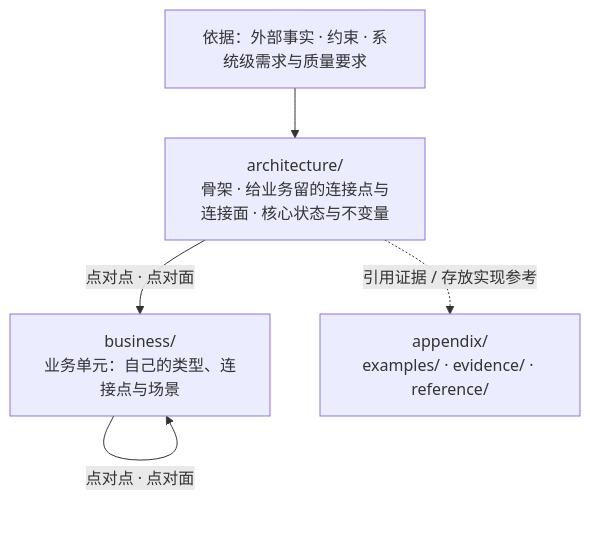
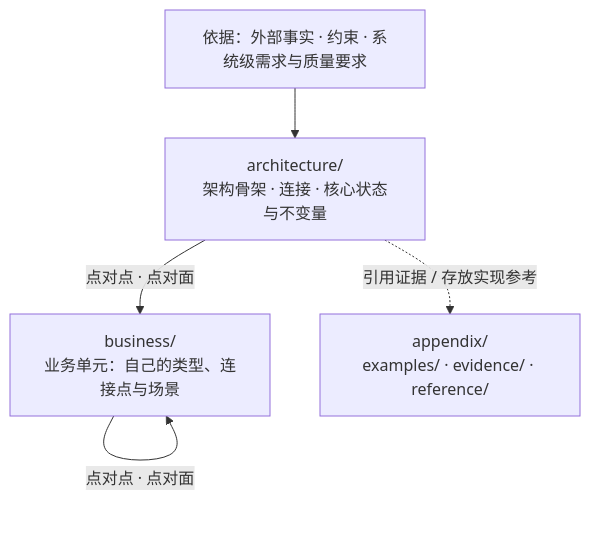
The diagram in README.md (mouriya-s-lab/SSoT), drawn with Mermaid before and after one commit. The commit also changed other lines of this file and 2 other files, not shown here.

First line of the commit message:
Drop invented skeleton/architecture split; state judgment methods instead of soroi cases

````diff
--- a/README.md
+++ b/README.md
@@ -21,7 +21,7 @@
 ```mermaid
 flowchart TB
-    G["依据：外部事实 · 约束 · 系统级需求与质量要求"] --> A["architecture/<br/>骨架 · 给业务留的连接点与连接面 · 核心状态与不变量"]
+    G["依据：外部事实 · 约束 · 系统级需求与质量要求"] --> A["architecture/<br/>架构骨架 · 连接 · 核心状态与不变量"]
     A -->|"点对点 · 点对面"| B["business/<br/>业务单元：自己的类型、连接点与场景"]
     B -->|"点对点 · 点对面"| B
     A -.->|"引用证据 / 存放实现参考"| X["appendix/<br/>examples/ · evidence/ · reference/"]
 ```
````
